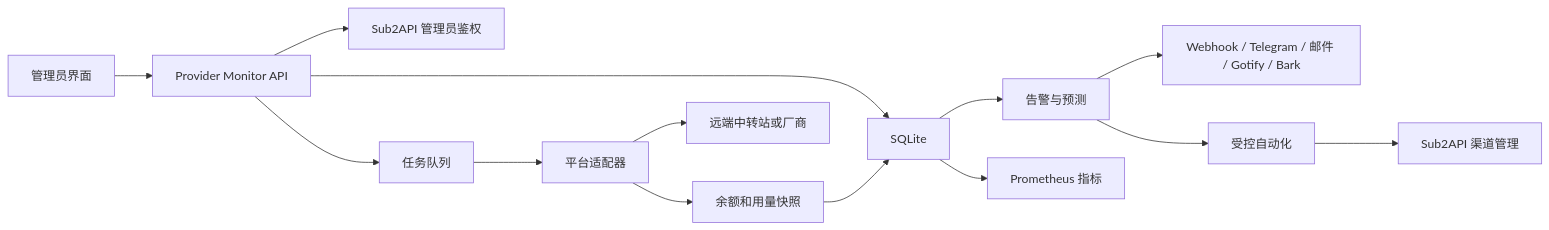
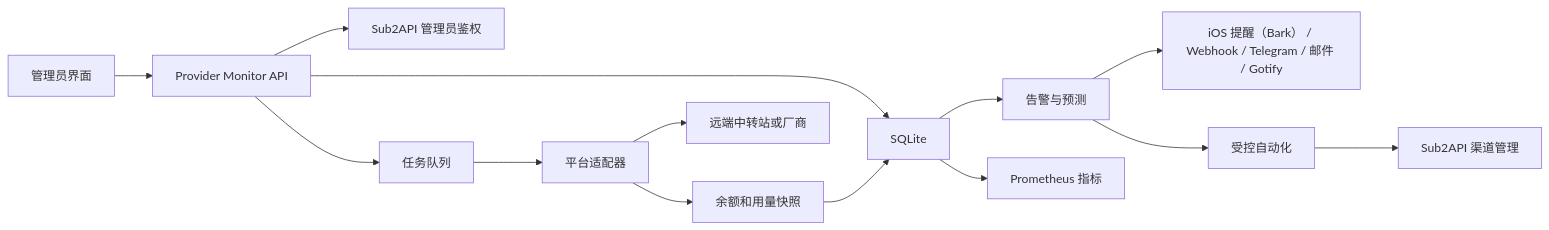
Before and after one commit to fjiangming/sub2api-extra: the diagram in _docs/供应商余额监控.md, drawn with Mermaid. The commit also changed other lines of this file and 8 other files, not shown here.

```diff
--- a/_docs/供应商余额监控.md
+++ b/_docs/供应商余额监控.md
@@ -328,16 +328,16 @@
 ~~~mermaid
 flowchart LR
     UI["管理员界面"] --> API["Provider Monitor API"]
     API --> AUTH["Sub2API 管理员鉴权"]
     API --> DB["SQLite"]
     API --> QUEUE["任务队列"]
     QUEUE --> ADAPTER["平台适配器"]
     ADAPTER --> REMOTE["远端中转站或厂商"]
     ADAPTER --> SNAPSHOT["余额和用量快照"]
     SNAPSHOT --> DB
     DB --> ALERT["告警与预测"]
-    ALERT --> NOTIFY["Webhook / Telegram / 邮件 / Gotify / Bark"]
+    ALERT --> NOTIFY["iOS 提醒（Bark） / Webhook / Telegram / 邮件 / Gotify"]
     ALERT --> AUTO["受控自动化"]
     AUTO --> SUB2API["Sub2API 渠道管理"]
     DB --> METRICS["Prometheus 指标"]
 ~~~
```
